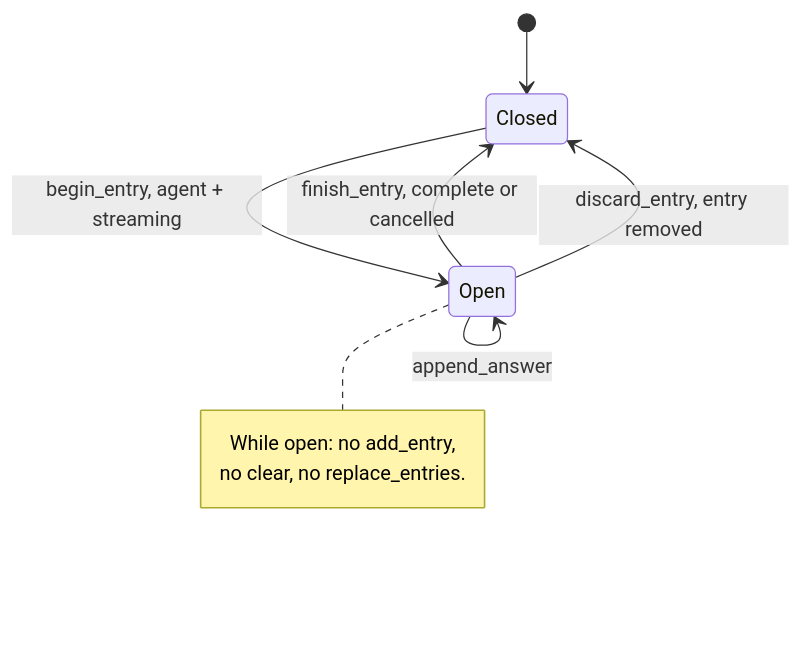
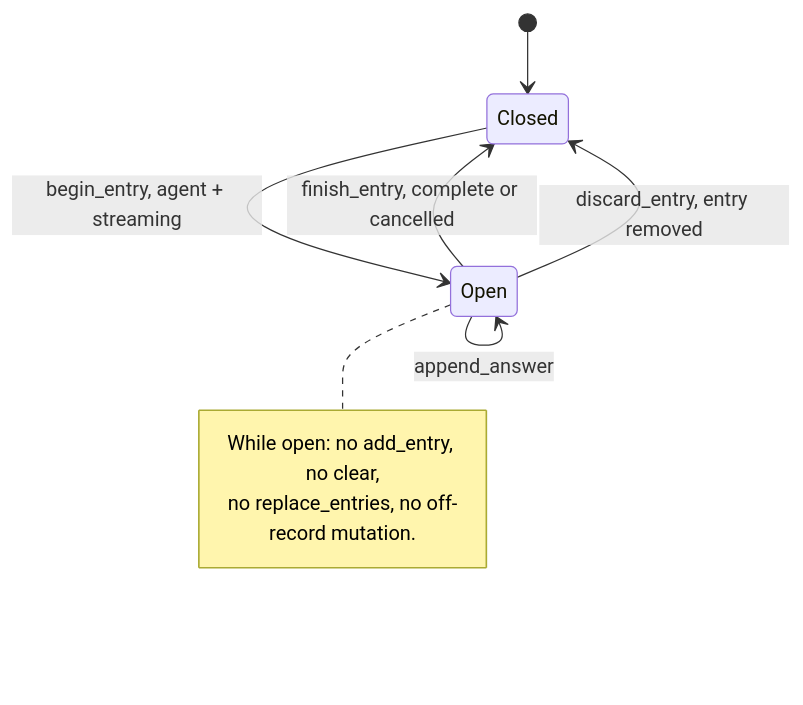
The second of 3 diagrams in src/transcript/README.md (michaelpopov/cha), drawn with Mermaid before and after one commit. The commit also changed other lines of this file and 29 other files, not shown here.

````diff
--- a/src/transcript/README.md
+++ b/src/transcript/README.md
@@ -88,12 +121,12 @@
 ```mermaid
 stateDiagram-v2
     [*] --> Closed
     Closed --> Open: begin_entry, agent + streaming
     Open --> Open: append_answer
     Open --> Closed: finish_entry, complete or cancelled
     Open --> Closed: discard_entry, entry removed
     note right of Open
-        While open: no add_entry,
-        no clear, no replace_entries.
+        While open: no add_entry, no clear,
+        no replace_entries, no off-record mutation.
     end note
 ```
````
